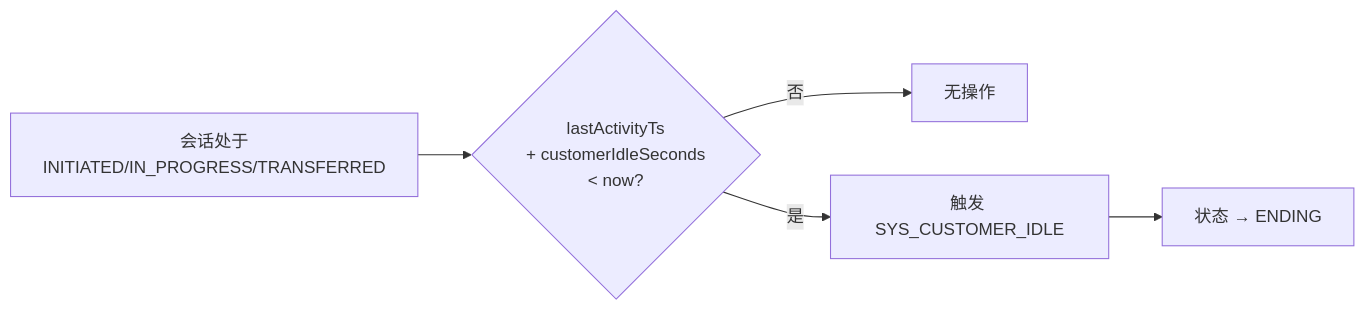
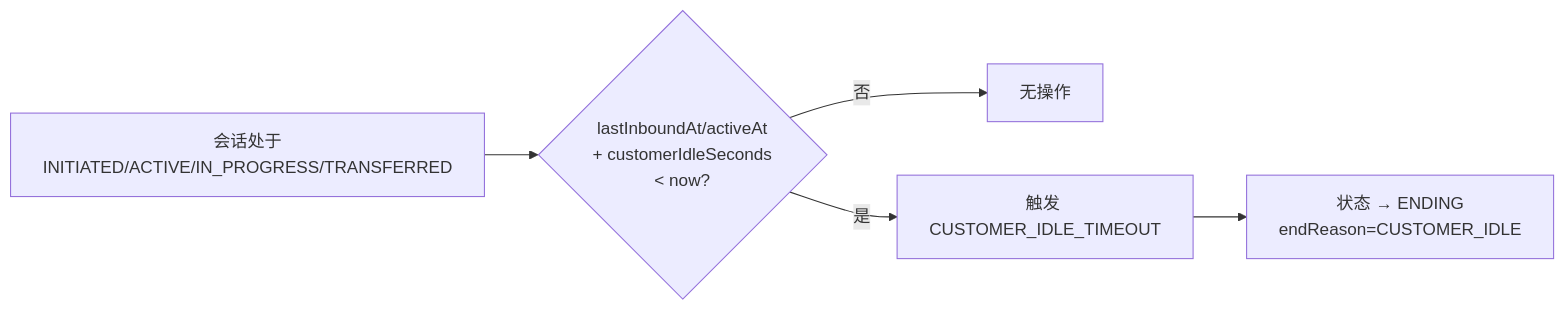
One commit to huangzhiqiu/ai-knowledge-design changed the third of 6 diagrams in 08-Code/state-machine/docs/zh/03-State-Transition-Diagrams.md. Above: the diagram before and after it, drawn with Mermaid. The commit also changed other lines of this file, not shown here.

````diff
--- a/08-Code/state-machine/docs/zh/03-State-Transition-Diagrams.md
+++ b/08-Code/state-machine/docs/zh/03-State-Transition-Diagrams.md
@@ -176,7 +209,7 @@
 ```mermaid
 flowchart LR
-    A[会话处于<br/>INITIATED/IN_PROGRESS/TRANSFERRED] --> B{lastActivityTs<br/>+ customerIdleSeconds<br/>< now?}
+    A[会话处于<br/>INITIATED/ACTIVE/IN_PROGRESS/TRANSFERRED] --> B{lastInboundAt/activeAt<br/>+ customerIdleSeconds<br/>< now?}
     B -->|否| C[无操作]
-    B -->|是| D[触发 SYS_CUSTOMER_IDLE]
-    D --> E[状态 → ENDING]
+    B -->|是| D[触发 CUSTOMER_IDLE_TIMEOUT]
+    D --> E[状态 → ENDING<br/>endReason=CUSTOMER_IDLE]
 ```
````
